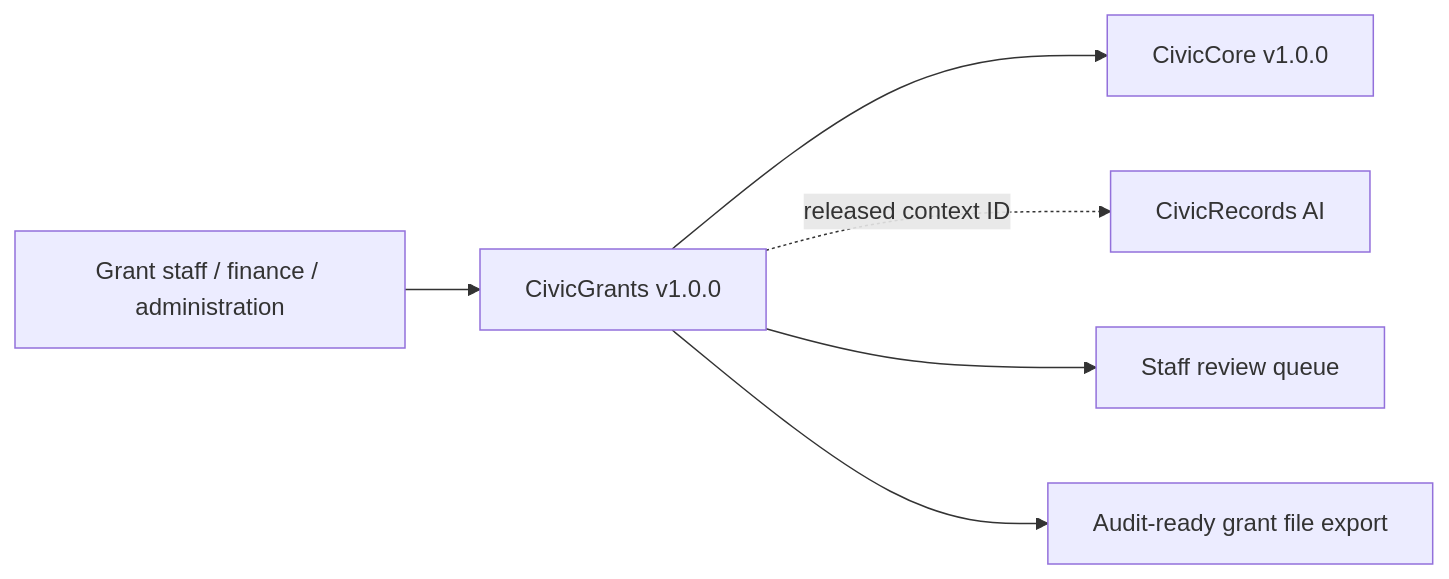
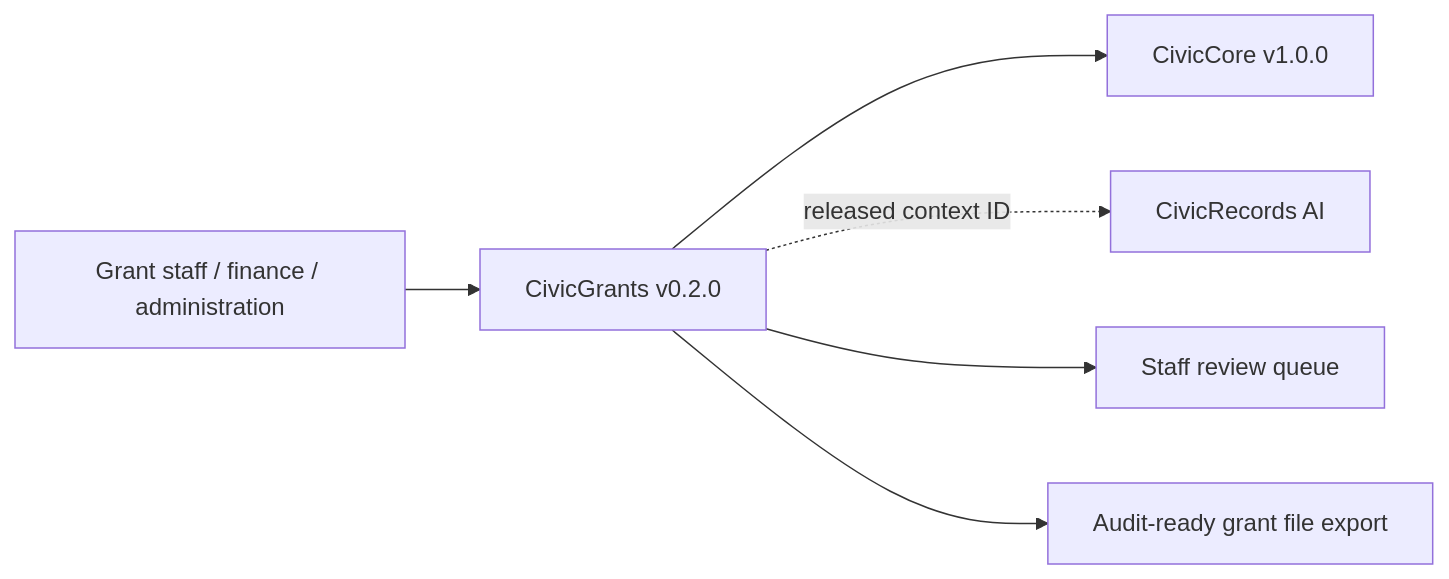
The diagram in USER-MANUAL.md (CivicSuite/civicgrants), drawn with Mermaid before and after one commit. The commit also changed other lines of this file and 28 other files, not shown here.

````diff
--- a/USER-MANUAL.md
+++ b/USER-MANUAL.md
@@ -45,8 +45,8 @@
 ```mermaid
 flowchart LR
-  Staff["Grant staff / finance / administration"] --> CivicGrants["CivicGrants v1.0.0"]
+  Staff["Grant staff / finance / administration"] --> CivicGrants["CivicGrants v0.2.0"]
   CivicGrants --> CivicCore["CivicCore v1.0.0"]
   CivicGrants -. released context ID .-> CivicRecords["CivicRecords AI"]
   CivicGrants --> Queue["Staff review queue"]
   CivicGrants --> Export["Audit-ready grant file export"]
 ```
````
